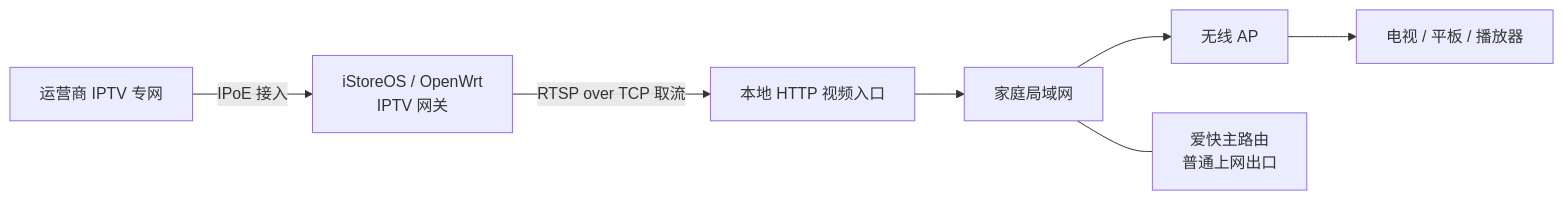
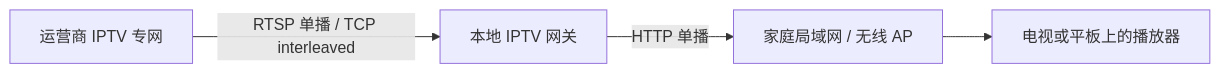
The second of 2 diagrams in README.md (bitcoinwizard2013/zhejiang-telecom-iptv-homelab), drawn with Mermaid before and after one commit. The commit also changed other lines of this file, not shown here.

````diff
--- a/README.md
+++ b/README.md
@@ -26,9 +68,6 @@
 ```mermaid
 flowchart LR
-    ISP["运营商 IPTV 专网"] -->|IPoE 接入| GW["iStoreOS / OpenWrt<br/>IPTV 网关"]
-    GW -->|RTSP over TCP 取流| HTTP["本地 HTTP 视频入口"]
-    HTTP --> LAN["家庭局域网"]
-    LAN --> AP["无线 AP"]
-    AP --> TV["电视 / 平板 / 播放器"]
-    LAN --- MAIN["爱快主路由<br/>普通上网出口"]
+    IPTV["运营商 IPTV 专网"] -->|RTSP 单播 / TCP interleaved| GW["本地 IPTV 网关"]
+    GW -->|HTTP 单播| AP["家庭局域网 / 无线 AP"]
+    AP --> PLAYER["电视或平板上的播放器"]
 ```
````
